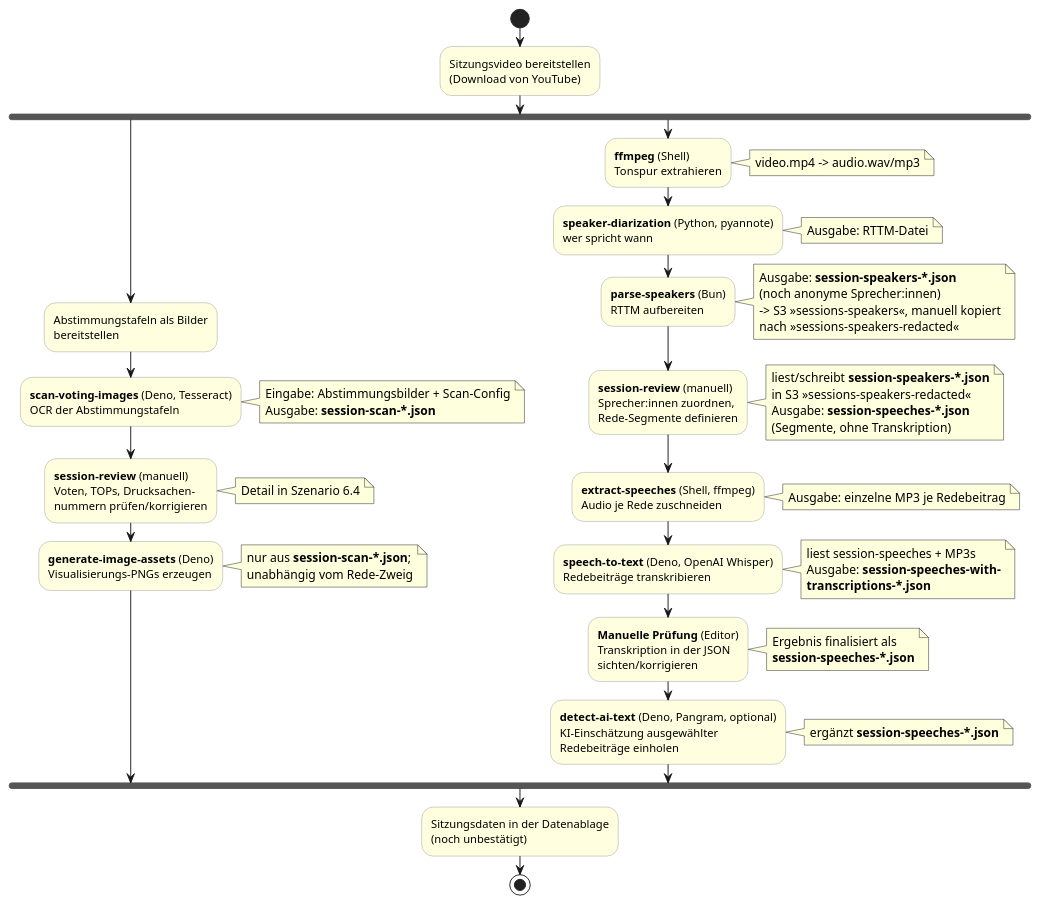
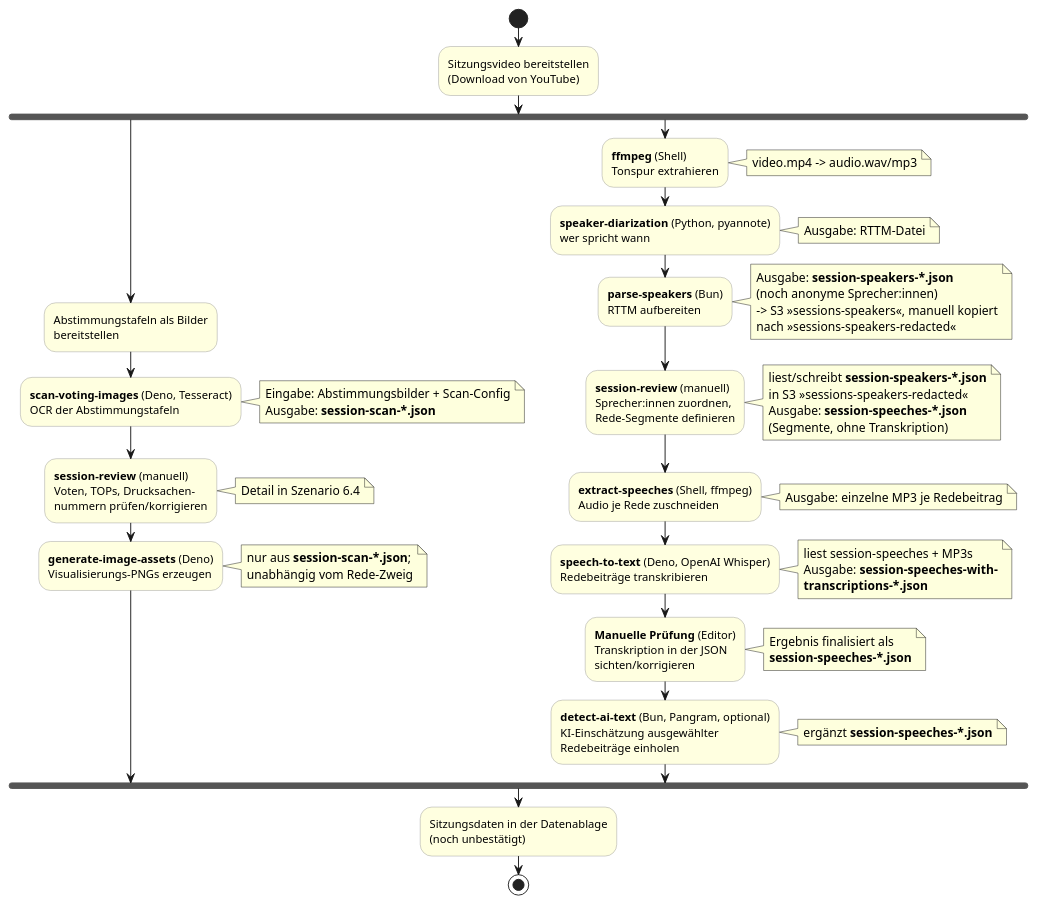
One commit to ungeschneuer/StadtratWatch-Leipzig changed the diagram in docs/arc42/06-laufzeitsicht/01-sitzungsverarbeitung.adoc. Above: the diagram before and after it, drawn with PlantUML. The commit also changed other lines of this file and 19 other files, not shown here.

First line of the commit message:
Move detect-ai-text to Bun (#575)

```diff
--- a/docs/arc42/06-laufzeitsicht/01-sitzungsverarbeitung.adoc
+++ b/docs/arc42/06-laufzeitsicht/01-sitzungsverarbeitung.adoc
@@ -36,70 +36,70 @@
 [plantuml,lz-sitzungsverarbeitung,svg]
 ....
 @startuml
 skinparam shadowing false
 skinparam activity {
   BackgroundColor #lightyellow
   BorderColor #999999
 }
 
 start
 :Sitzungsvideo bereitstellen\n(Download von YouTube);
 
 fork
   ' --- Abstimmungs-Zweig (OCR) ---
   :Abstimmungstafeln als Bilder\nbereitstellen;
   :**scan-voting-images** (Deno, Tesseract)\nOCR der Abstimmungstafeln;
   note right
     Eingabe: Abstimmungsbilder + Scan-Config
     Ausgabe: **session-scan-*.json**
   end note
   :**session-review** (manuell)\nVoten, TOPs, Drucksachen-\nnummern prüfen/korrigieren;
   note right: Detail in Szenario 6.4
   :**generate-image-assets** (Deno)\nVisualisierungs-PNGs erzeugen;
   note right
     nur aus **session-scan-*.json**;
     unabhängig vom Rede-Zweig
   end note
 fork again
   ' --- Rede-Zweig (Audio) ---
   :**ffmpeg** (Shell)\nTonspur extrahieren;
   note right: video.mp4 -> audio.wav/mp3
   :**speaker-diarization** (Python, pyannote)\nwer spricht wann;
   note right: Ausgabe: RTTM-Datei
   :**parse-speakers** (Bun)\nRTTM aufbereiten;
   note right
     Ausgabe: **session-speakers-*.json**
     (noch anonyme Sprecher:innen)
     -> S3 »sessions-speakers«, manuell kopiert
     nach »sessions-speakers-redacted«
   end note
   :**session-review** (manuell)\nSprecher:innen zuordnen,\nRede-Segmente definieren;
   note right
     liest/schreibt **session-speakers-*.json**
     in S3 »sessions-speakers-redacted«
     Ausgabe: **session-speeches-*.json**
     (Segmente, ohne Transkription)
   end note
   :**extract-speeches** (Shell, ffmpeg)\nAudio je Rede zuschneiden;
   note right: Ausgabe: einzelne MP3 je Redebeitrag
   :**speech-to-text** (Deno, OpenAI Whisper)\nRedebeiträge transkribieren;
   note right
     liest session-speeches + MP3s
     Ausgabe: **session-speeches-with-**
     **transcriptions-*.json**
   end note
   :**Manuelle Prüfung** (Editor)\nTranskription in der JSON\nsichten/korrigieren;
   note right
     Ergebnis finalisiert als
     **session-speeches-*.json**
   end note
-  :**detect-ai-text** (Deno, Pangram, optional)\nKI-Einschätzung ausgewählter\nRedebeiträge einholen;
+  :**detect-ai-text** (Bun, Pangram, optional)\nKI-Einschätzung ausgewählter\nRedebeiträge einholen;
   note right
     ergänzt **session-speeches-*.json**
   end note
 end fork
 
 :Sitzungsdaten in der Datenablage\n(noch unbestätigt);
 stop
 @enduml
 ....
```
